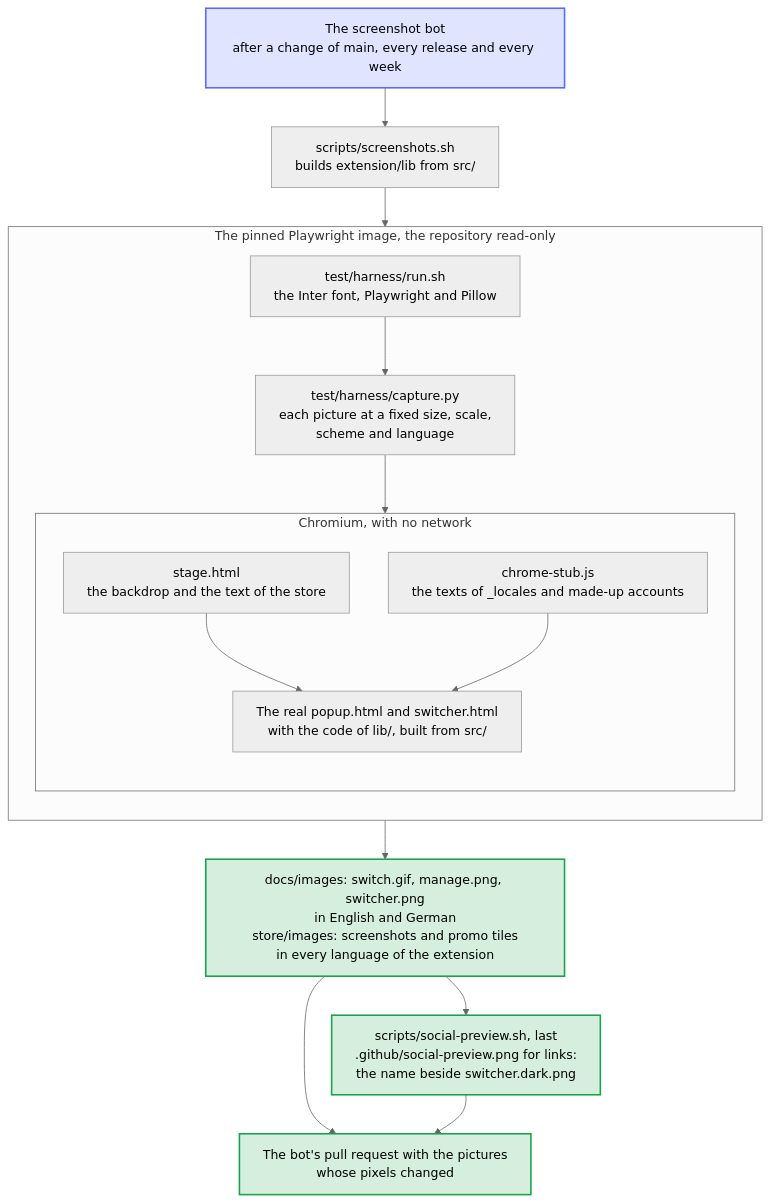
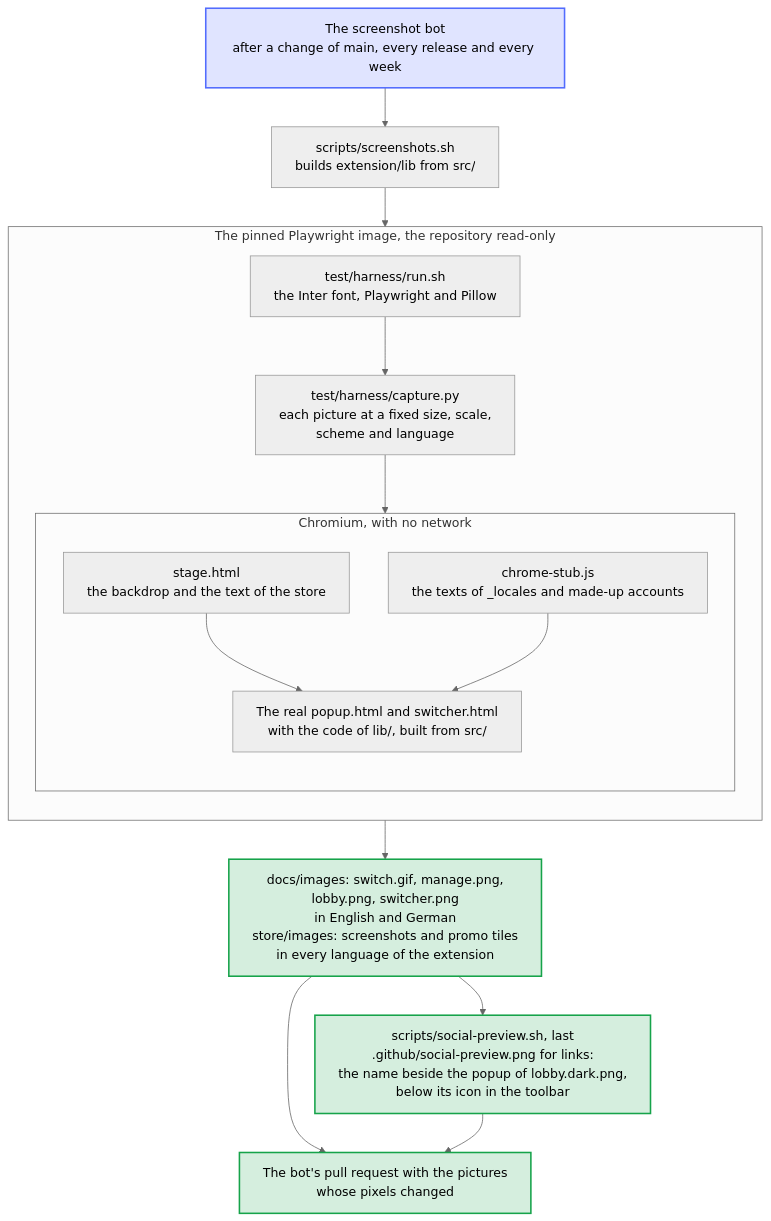
Before and after one commit to Dennis-Otto/player-switch-for-autodarts: the diagram in docs/diagrams/how-the-pictures-are-made.mmd, drawn with Mermaid (neutral theme). The commit also changed 6 other files, not shown here.

First line of the commit message:
docs: the social preview shows the popup of the toolbar, large (#178)

```diff
--- a/docs/diagrams/how-the-pictures-are-made.mmd
+++ b/docs/diagrams/how-the-pictures-are-made.mmd
@@ -1,41 +1,41 @@
 ---
 config:
   flowchart:
     wrappingWidth: 400
 ---
 flowchart TB
     accTitle: How the pictures are made
-    accDescr: scripts/screenshots.sh builds the extension and starts the pinned Playwright image with the repository read-only. Inside, run.sh installs the Inter font and the tools, and capture.py opens the stage in Chromium. The stage shows the real popup or switcher of the extension in a frame, with a stand-in for Chrome and made-up accounts; every file comes from the repository and no request leaves the browser. capture.py takes each picture at a fixed size, scale, scheme and language and writes the GIF, and the pictures leave the container as an archive, into docs/images, in English and German, and store/images, in every language of the extension. Last, scripts/social-preview.sh renders .github/social-preview.png, the picture of links to the repository, which shows the dark switcher beside the name of the extension. After a change of main, every release and every week, the screenshot bot runs the script and opens a pull request with the pictures whose pixels changed.
+    accDescr: scripts/screenshots.sh builds the extension and starts the pinned Playwright image with the repository read-only. Inside, run.sh installs the Inter font and the tools, and capture.py opens the stage in Chromium. The stage shows the real popup or switcher of the extension in a frame, with a stand-in for Chrome and made-up accounts; every file comes from the repository and no request leaves the browser. capture.py takes each picture at a fixed size, scale, scheme and language and writes the GIF, and the pictures leave the container as an archive, into docs/images, in English and German, and store/images, in every language of the extension. Last, scripts/social-preview.sh renders .github/social-preview.png, the picture of links to the repository, which shows the dark popup, as it opens from its icon in the toolbar, beside the name of the extension. After a change of main, every release and every week, the screenshot bot runs the script and opens a pull request with the pictures whose pixels changed.
 
     bot["The screenshot bot<br>after a change of main, every release and every week"]
     script["scripts/screenshots.sh<br>builds extension/lib from src/"]
     bot --> script
 
     subgraph image ["The pinned Playwright image, the repository read-only"]
         direction TB
         run["test/harness/run.sh<br>the Inter font, Playwright and Pillow"]
         capture["test/harness/capture.py<br>each picture at a fixed size, scale,<br>scheme and language"]
         run --> capture
         subgraph browser ["Chromium, with no network"]
             direction TB
             stage["stage.html<br>the backdrop and the text of the store"]
             stub["chrome-stub.js<br>the texts of _locales and made-up accounts"]
             pages["The real popup.html and switcher.html<br>with the code of lib/, built from src/"]
             stage --> pages
             stub --> pages
         end
         capture --> stage
     end
 
     script --> run
-    pages --> pictures["docs/images: switch.gif, manage.png, switcher.png<br>in English and German<br>store/images: screenshots and promo tiles<br>in every language of the extension"]
-    social["scripts/social-preview.sh, last<br>.github/social-preview.png for links:<br>the name beside switcher.dark.png"]
+    pages --> pictures["docs/images: switch.gif, manage.png,<br>lobby.png, switcher.png<br>in English and German<br>store/images: screenshots and promo tiles<br>in every language of the extension"]
+    social["scripts/social-preview.sh, last<br>.github/social-preview.png for links:<br>the name beside the popup of lobby.dark.png,<br>below its icon in the toolbar"]
     pictures --> social
     pull["The bot's pull request with the pictures<br>whose pixels changed"]
     pictures --> pull
     social --> pull
 
     classDef bot fill:#526cfe2e,stroke:#526cfe,stroke-width:2px
     classDef done fill:#16a34a2e,stroke:#16a34a,stroke-width:2px
     class bot bot
     class pictures,social,pull done
```
